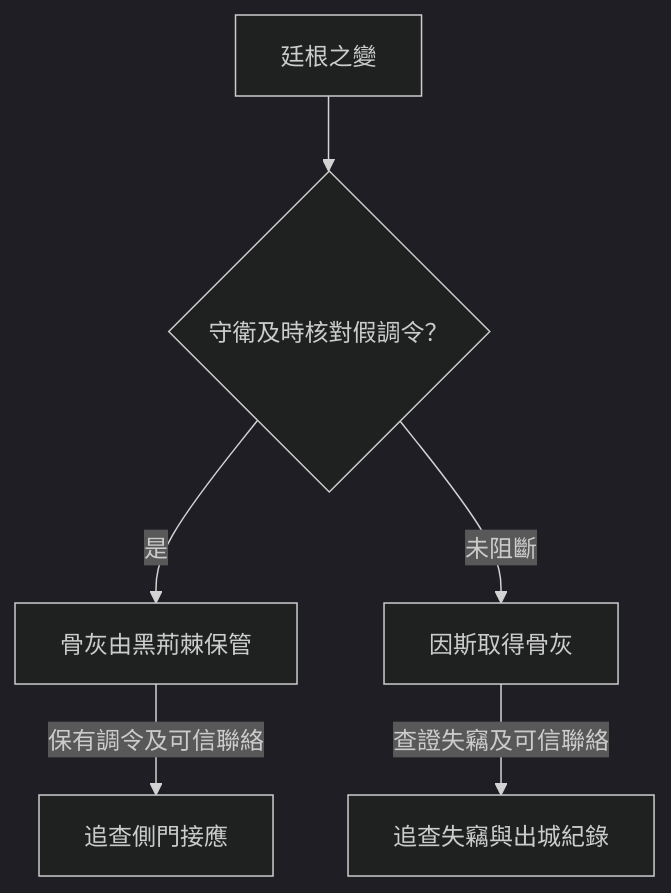
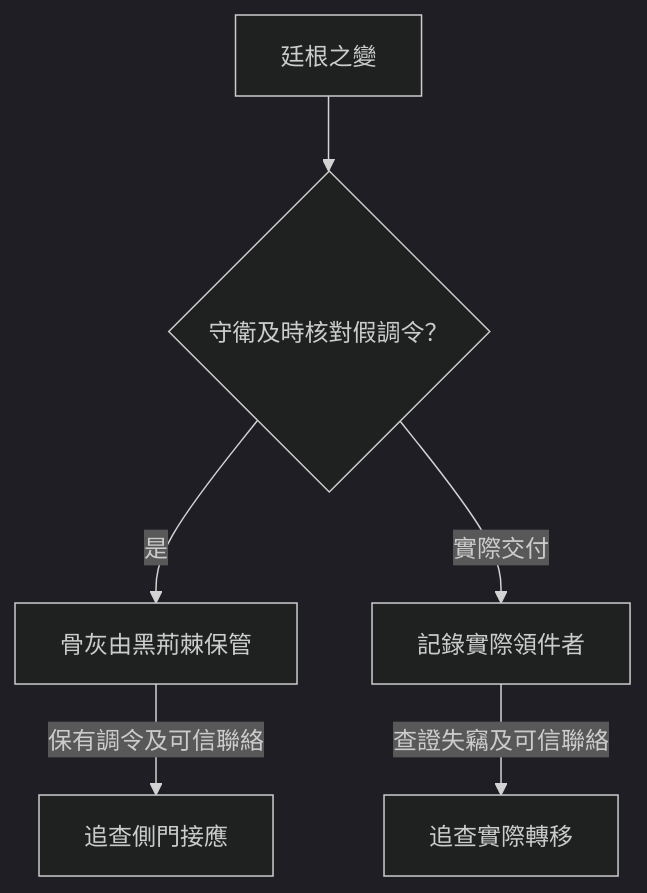
Before and after one commit to dragon961204-cmd/-: the seventh of 7 diagrams in game/events/tingen_branch_map.md, drawn with Mermaid (dark theme). The commit also changed other lines of this file and 23 other files, not shown here.

````diff
--- a/game/events/tingen_branch_map.md
+++ b/game/events/tingen_branch_map.md
@@ -127,8 +127,8 @@
 ```mermaid
 flowchart TD
     A["廷根之變"] --> B{"守衛及時核對假調令？"}
     B -->|"是"| C["骨灰由黑荊棘保管"]
-    B -->|"未阻斷"| D["因斯取得骨灰"]
+    B -->|"實際交付"| D["記錄實際領件者"]
     C -->|"保有調令及可信聯絡"| E["追查側門接應"]
-    D -->|"查證失竊及可信聯絡"| F["追查失竊與出城紀錄"]
+    D -->|"查證失竊及可信聯絡"| F["追查實際轉移"]
 ```
````
